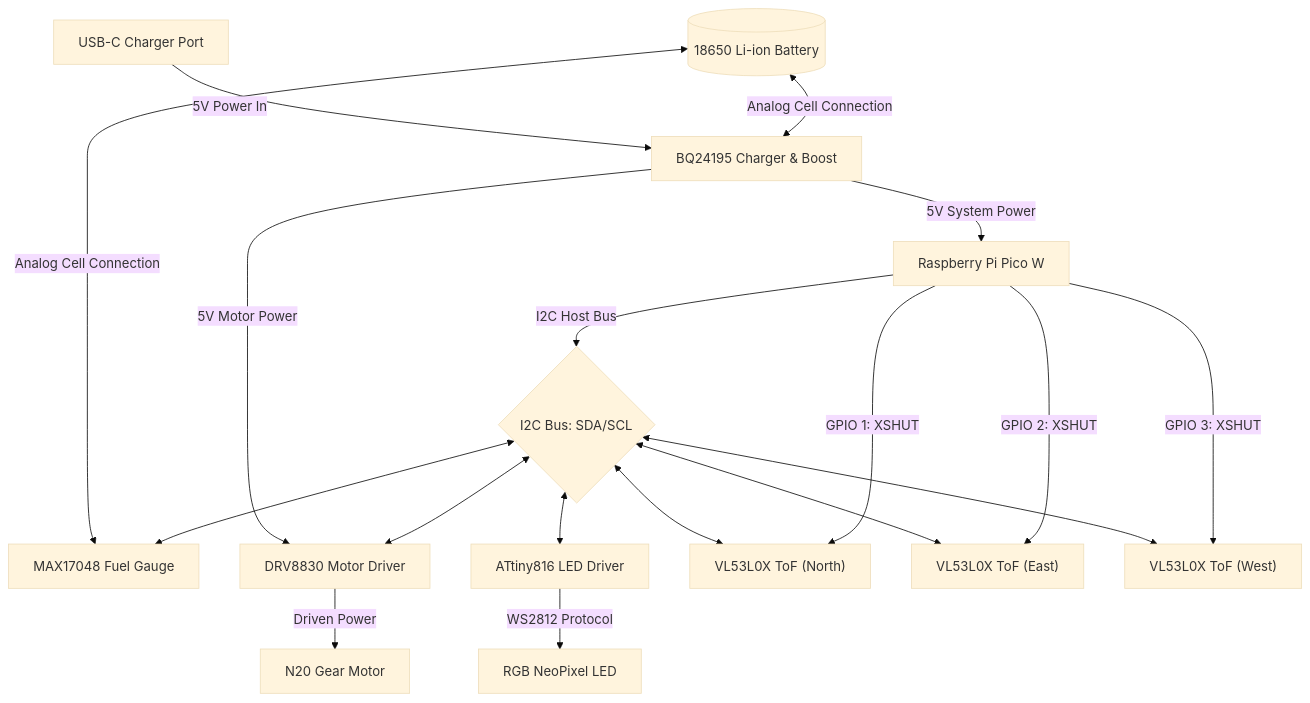
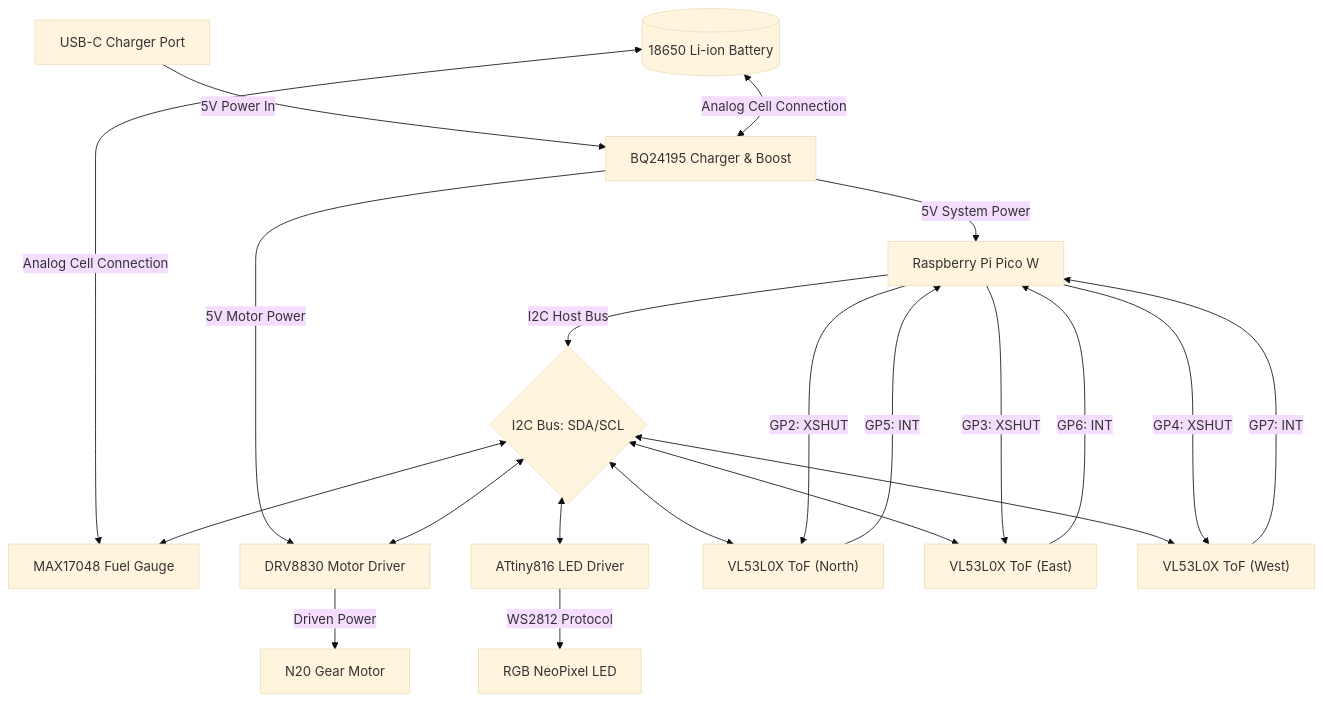
Before and after one commit to picklethecat1488-hue/hardware: the diagram in src/projects/cat_fountain.md, drawn with Mermaid (base theme). The commit also changed other lines of this file and 13 other files, not shown here.

````diff
--- a/src/projects/cat_fountain.md
+++ b/src/projects/cat_fountain.md
@@ -37,29 +37,32 @@
 ```mermaid
 graph TD
     %% Power Subsystem
     USBC["USB-C Charger Port"] -->|5V Power In| BQ["BQ24195 Charger & Boost"]
     BAT[("18650 Li-ion Battery")] <-->|Analog Cell Connection| BQ
     BAT <-->|Analog Cell Connection| MAX["MAX17048 Fuel Gauge"]
     
     %% Power Distribution
     BQ -->|5V System Power| PICO["Raspberry Pi Pico W"]
     BQ -->|5V Motor Power| DRV["DRV8830 Motor Driver"]
     
     %% I2C Bus Connections
     PICO -->|I2C Host Bus| I2CBus{I2C Bus: SDA/SCL}
     I2CBus <--> MAX
     I2CBus <--> DRV
     I2CBus <--> LED_DRV["ATtiny816 LED Driver"]
     I2CBus <--> TOF1["VL53L0X ToF (North)"]
     I2CBus <--> TOF2["VL53L0X ToF (East)"]
     I2CBus <--> TOF3["VL53L0X ToF (West)"]
     
     %% Control Lines
-    PICO -->|GPIO 1: XSHUT| TOF1
-    PICO -->|GPIO 2: XSHUT| TOF2
-    PICO -->|GPIO 3: XSHUT| TOF3
+    PICO -->|GP2: XSHUT| TOF1
+    PICO -->|GP3: XSHUT| TOF2
+    PICO -->|GP4: XSHUT| TOF3
+    TOF1 -->|GP5: INT| PICO
+    TOF2 -->|GP6: INT| PICO
+    TOF3 -->|GP7: INT| PICO
     
     %% Output Connections
     DRV -->|Driven Power| MOTOR["N20 Gear Motor"]
     LED_DRV -->|WS2812 Protocol| LED["RGB NeoPixel LED"]
 ```
````
